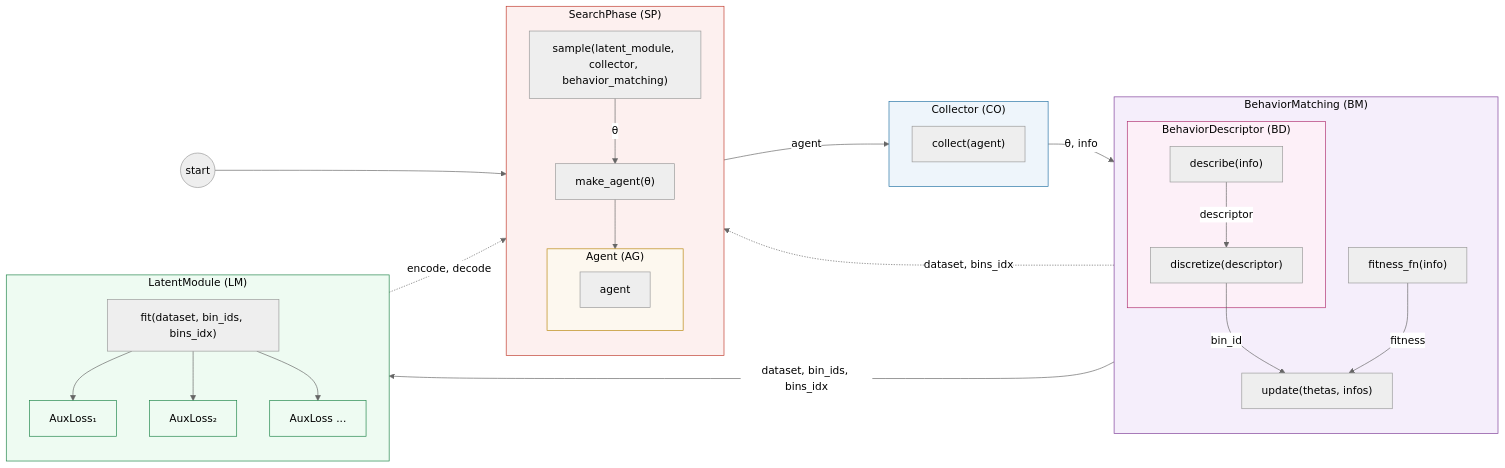
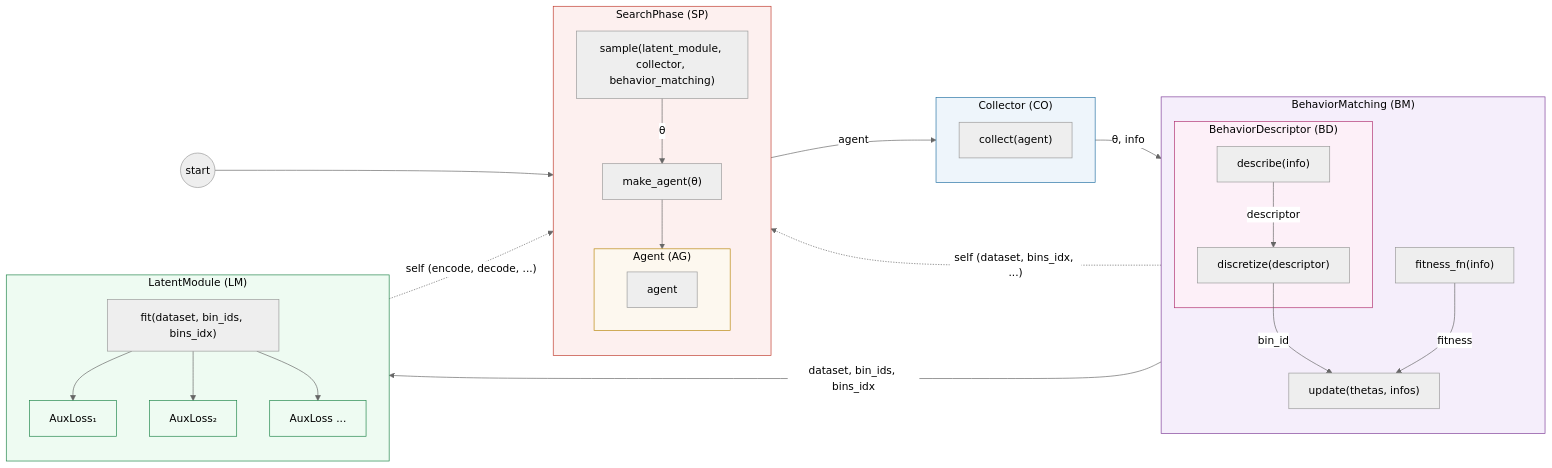
The second of 3 diagrams in README.md (yugoguy/org), drawn with Mermaid (neutral theme) before and after one commit. The commit also changed other lines of this file, not shown here.

````diff
--- a/README.md
+++ b/README.md
@@ -64,53 +64,53 @@
 ```mermaid
 flowchart LR
     START(("start"))
 
     subgraph SP["SearchPhase (SP)"]
         direction TB
         sample["sample(latent_module, collector, behavior_matching)"]
         sample -->|"θ"| make_agent["make_agent(θ)"]
         subgraph AG2["Agent (AG)"]
             agent2["agent"]
         end
         make_agent --> AG2
     end
 
     subgraph CO["Collector (CO)"]
         collect2["collect(agent)"]
     end
 
     subgraph BM["BehaviorMatching (BM)"]
         direction TB
         subgraph BD2["BehaviorDescriptor (BD)"]
             describe2["describe(info)"]
             describe2 -->|"descriptor"| discretize2["discretize(descriptor)"]
         end
         fitness_fn2["fitness_fn(info)"]
         discretize2 -->|"bin_id"| update2["update(thetas, infos)"]
         fitness_fn2 -->|"fitness"| update2
     end
 
     subgraph LM["LatentModule (LM)"]
         fit["fit(dataset, bin_ids, bins_idx)"]
         fit --> AL1["AuxLoss₁"]
         fit --> AL2["AuxLoss₂"]
         fit --> ALn["AuxLoss ..."]
     end
 
     START --> SP
     SP -->|"agent"| CO
     CO -->|"θ, info"| BM
     BM -->|"dataset, bin_ids, bins_idx"| LM
-    LM -.->|"encode, decode"| SP
-    BM -.->|"dataset, bins_idx"| SP
+    LM -.->|"self (encode, decode, ...)"| SP
+    BM -.->|"self (dataset, bins_idx, ...)"| SP
 
     style SP fill:#fdf0ef,stroke:#c0392b,color:#000
     style CO fill:#eef5fb,stroke:#2471a3,color:#000
     style BM fill:#f5eefb,stroke:#7d3c98,color:#000
     style BD2 fill:#fdf0f8,stroke:#b03070,color:#000
     style LM fill:#eefbf2,stroke:#1e8449,color:#000
     style AG2 fill:#fdf8ef,stroke:#b8860b,color:#000
     style AL1 fill:#eefbf2,stroke:#1e8449,color:#000
     style AL2 fill:#eefbf2,stroke:#1e8449,color:#000
     style ALn fill:#eefbf2,stroke:#1e8449,color:#000
 ```
````
